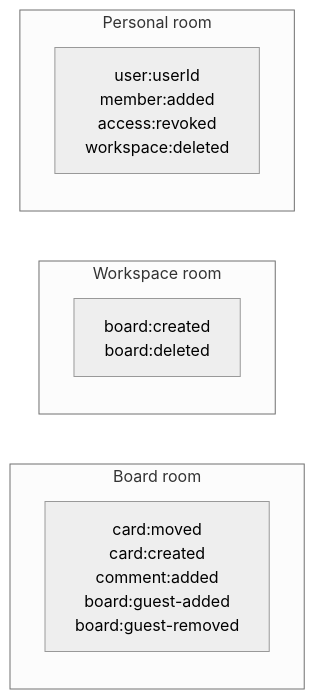
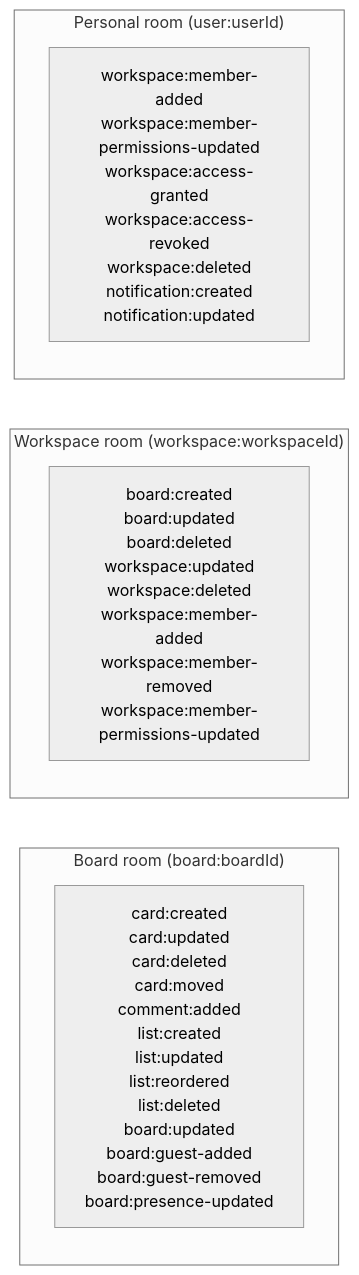
One commit to Lajat/Boardwright changed the second of 3 diagrams in README.md. Above: the diagram before and after it, drawn with Mermaid (neutral theme). The commit also changed other lines of this file and 1 other file, not shown here.

````diff
--- a/README.md
+++ b/README.md
@@ -93,14 +95,12 @@
 ```mermaid
 flowchart LR
-    subgraph BR["Board room"]
-        A["card:moved<br/>card:created<br/>comment:added<br/>board:guest-added<br/>board:guest-removed"]
+    subgraph board["Board room (board:boardId)"]
+        A["card:created<br/>card:updated<br/>card:deleted<br/>card:moved<br/>comment:added<br/>list:created<br/>list:updated<br/>list:reordered<br/>list:deleted<br/>board:updated<br/>board:guest-added<br/>board:guest-removed<br/>board:presence-updated"]
     end
-
-    subgraph WR["Workspace room"]
-        B["board:created<br/>board:deleted"]
+    subgraph workspace["Workspace room (workspace:workspaceId)"]
+        B["board:created<br/>board:updated<br/>board:deleted<br/>workspace:updated<br/>workspace:deleted<br/>workspace:member-added<br/>workspace:member-removed<br/>workspace:member-permissions-updated"]
     end
-
-    subgraph PR["Personal room"]
-        C["user:userId<br/>member:added<br/>access:revoked<br/>workspace:deleted"]
+    subgraph personal["Personal room (user:userId)"]
+        C["workspace:member-added<br/>workspace:member-permissions-updated<br/>workspace:access-granted<br/>workspace:access-revoked<br/>workspace:deleted<br/>notification:created<br/>notification:updated"]
     end
 ```
````
